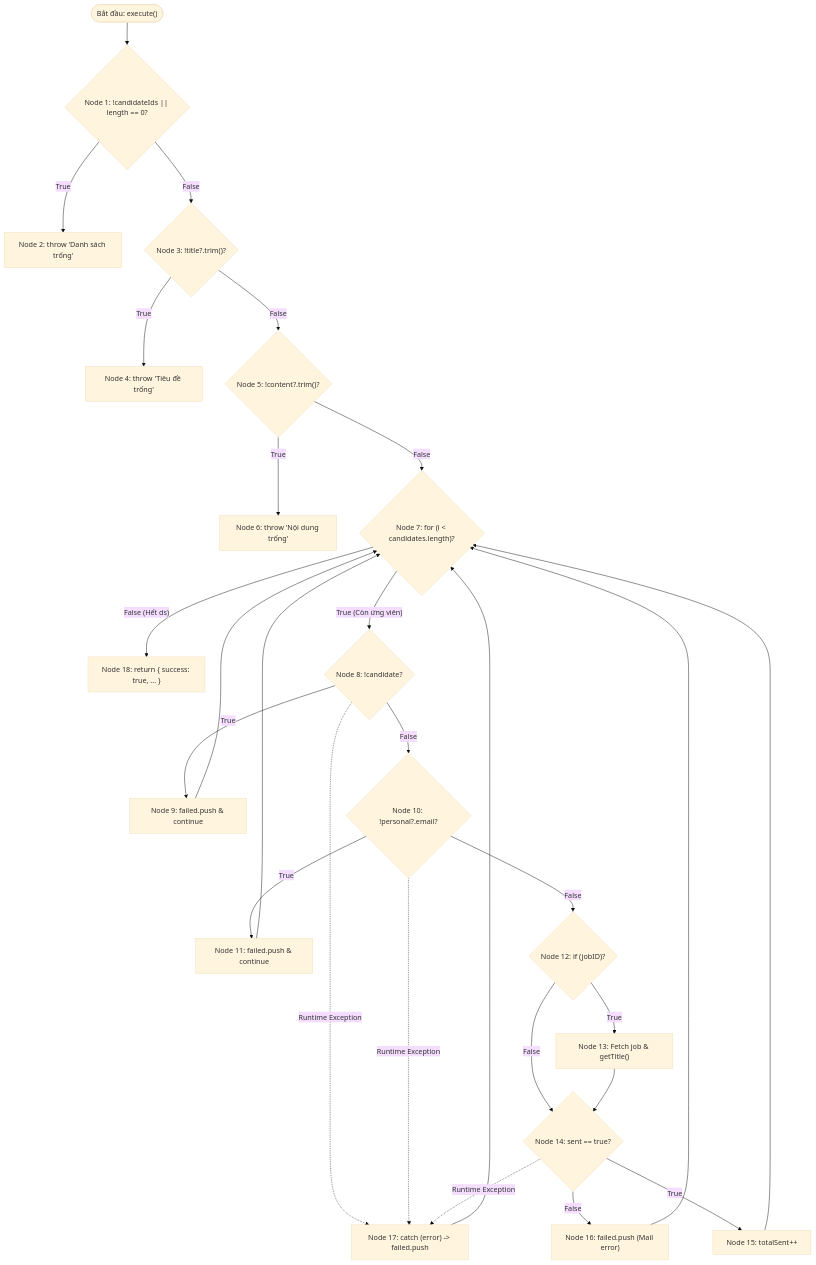
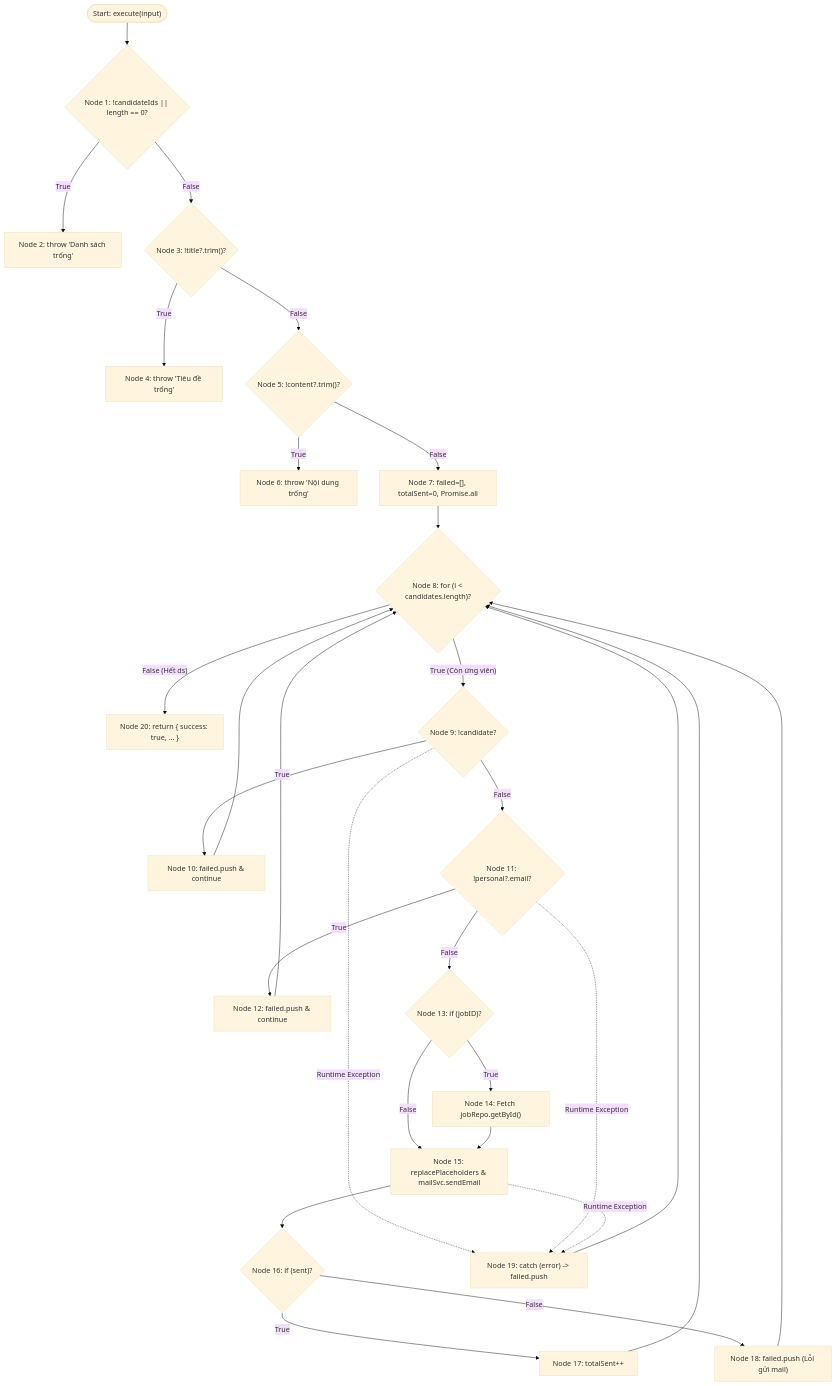
One commit to pvhung2112/cse462-testing changed the diagram in hop-trang/KiemThuHopTrang_UC09_TuDongHoaGuiEmail.md. Above: the diagram before and after it, drawn with Mermaid (base theme). The commit also changed other lines of this file and 2 other files, not shown here.

````diff
--- a/hop-trang/KiemThuHopTrang_UC09_TuDongHoaGuiEmail.md
+++ b/hop-trang/KiemThuHopTrang_UC09_TuDongHoaGuiEmail.md
@@ -178,39 +180,43 @@
 ```mermaid
 flowchart TD
-    Start(["Bắt đầu: execute()"]) --> N1{"Node 1: !candidateIds || length == 0?"}
+    Start(["Start: execute(input)"]) --> N1{"Node 1: !candidateIds || length == 0?"}
     
     N1 -- "True" --> N2["Node 2: throw 'Danh sách trống'"]
     N1 -- "False" --> N3{"Node 3: !title?.trim()?"}
     
     N3 -- "True" --> N4["Node 4: throw 'Tiêu đề trống'"]
     N3 -- "False" --> N5{"Node 5: !content?.trim()?"}
     
     N5 -- "True" --> N6["Node 6: throw 'Nội dung trống'"]
-    N5 -- "False" --> N7{"Node 7: for (i < candidates.length)?"}
+    N5 -- "False" --> N7["Node 7: failed=[], totalSent=0, Promise.all"]
     
-    N7 -- "False (Hết ds)" --> N18["Node 18: return { success: true, ... }"]
-    N7 -- "True (Còn ứng viên)" --> N8{"Node 8: !candidate?"}
+    N7 --> N8{"Node 8: for (i < candidates.length)?"}
     
-    N8 -- "True" --> N9["Node 9: failed.push & continue"]
-    N9 --> N7
+    N8 -- "False (Hết ds)" --> N20["Node 20: return { success: true, ... }"]
+    N8 -- "True (Còn ứng viên)" --> N9{"Node 9: !candidate?"}
     
-    N8 -- "False" --> N10{"Node 10: !personal?.email?"}
-    N10 -- "True" --> N11["Node 11: failed.push & continue"]
-    N11 --> N7
+    N9 -- "True" --> N10["Node 10: failed.push & continue"]
+    N10 --> N8
     
-    N10 -- "False" --> N12{"Node 12: if (jobID)?"}
-    N12 -- "True" --> N13["Node 13: Fetch job & getTitle()"]
-    N12 -- "False" --> N14
-    N13 --> N14{"Node 14: sent == true?"}
+    N9 -- "False" --> N11{"Node 11: !personal?.email?"}
+    N11 -- "True" --> N12["Node 12: failed.push & continue"]
+    N12 --> N8
     
-    N14 -- "True" --> N15["Node 15: totalSent++"]
-    N14 -- "False" --> N16["Node 16: failed.push (Mail error)"]
+    N11 -- "False" --> N13{"Node 13: if (jobID)?"}
+    N13 -- "True" --> N14["Node 14: Fetch jobRepo.getById()"]
+    N13 -- "False" --> N15["Node 15: replacePlaceholders & mailSvc.sendEmail"]
+    N14 --> N15
     
-    N15 --> N7
-    N16 --> N7
+    N15 --> N16{"Node 16: if (sent)?"}
     
-    N8 -. "Runtime Exception" .-> N17["Node 17: catch (error) -> failed.push"]
-    N10 -. "Runtime Exception" .-> N17
-    N14 -. "Runtime Exception" .-> N17
-    N17 --> N7
+    N16 -- "True" --> N17["Node 17: totalSent++"]
+    N16 -- "False" --> N18["Node 18: failed.push (Lỗi gửi mail)"]
+    
+    N17 --> N8
+    N18 --> N8
+    
+    N9 -. "Runtime Exception" .-> N19["Node 19: catch (error) -> failed.push"]
+    N11 -. "Runtime Exception" .-> N19
+    N15 -. "Runtime Exception" .-> N19
+    N19 --> N8
 ```
````
